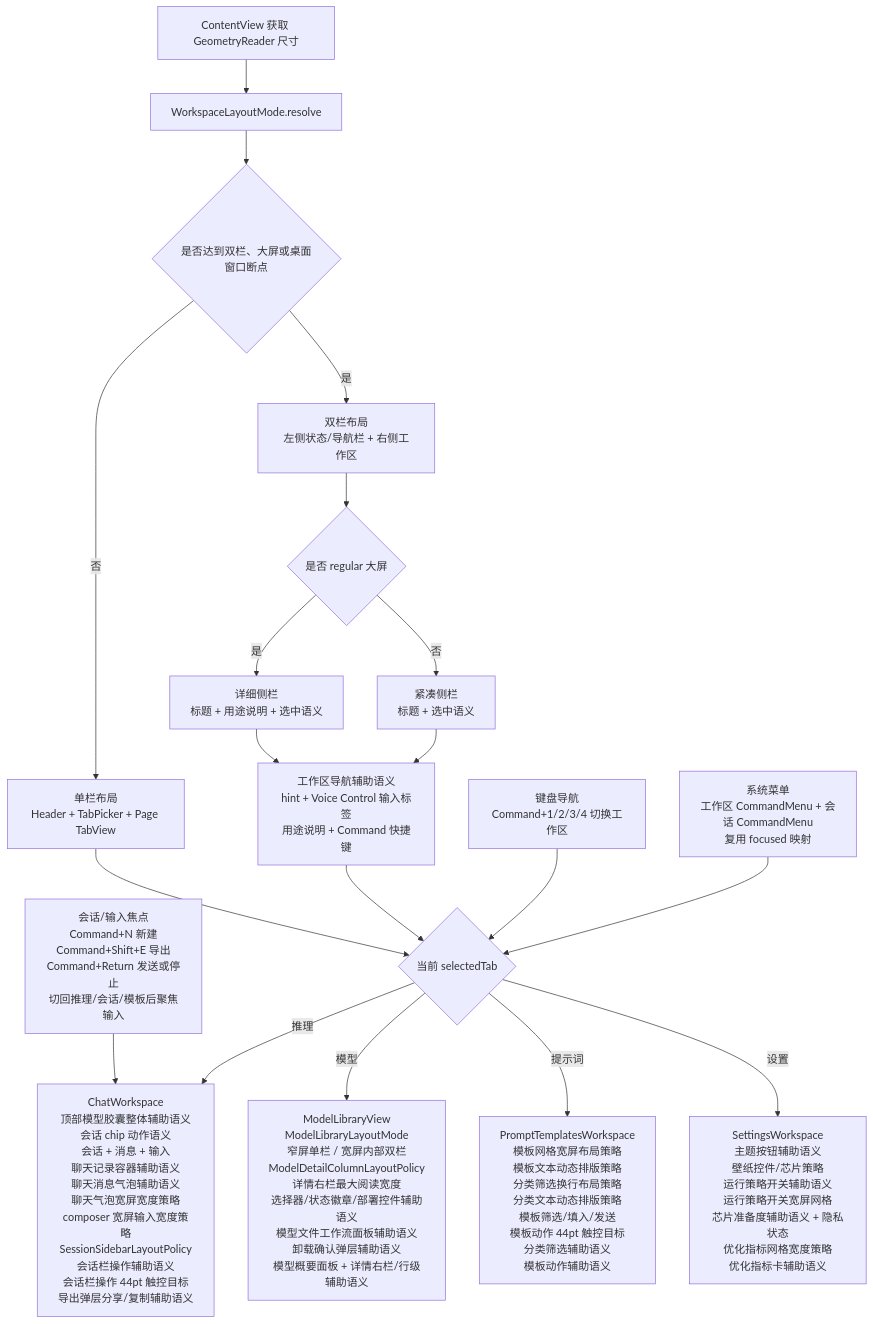
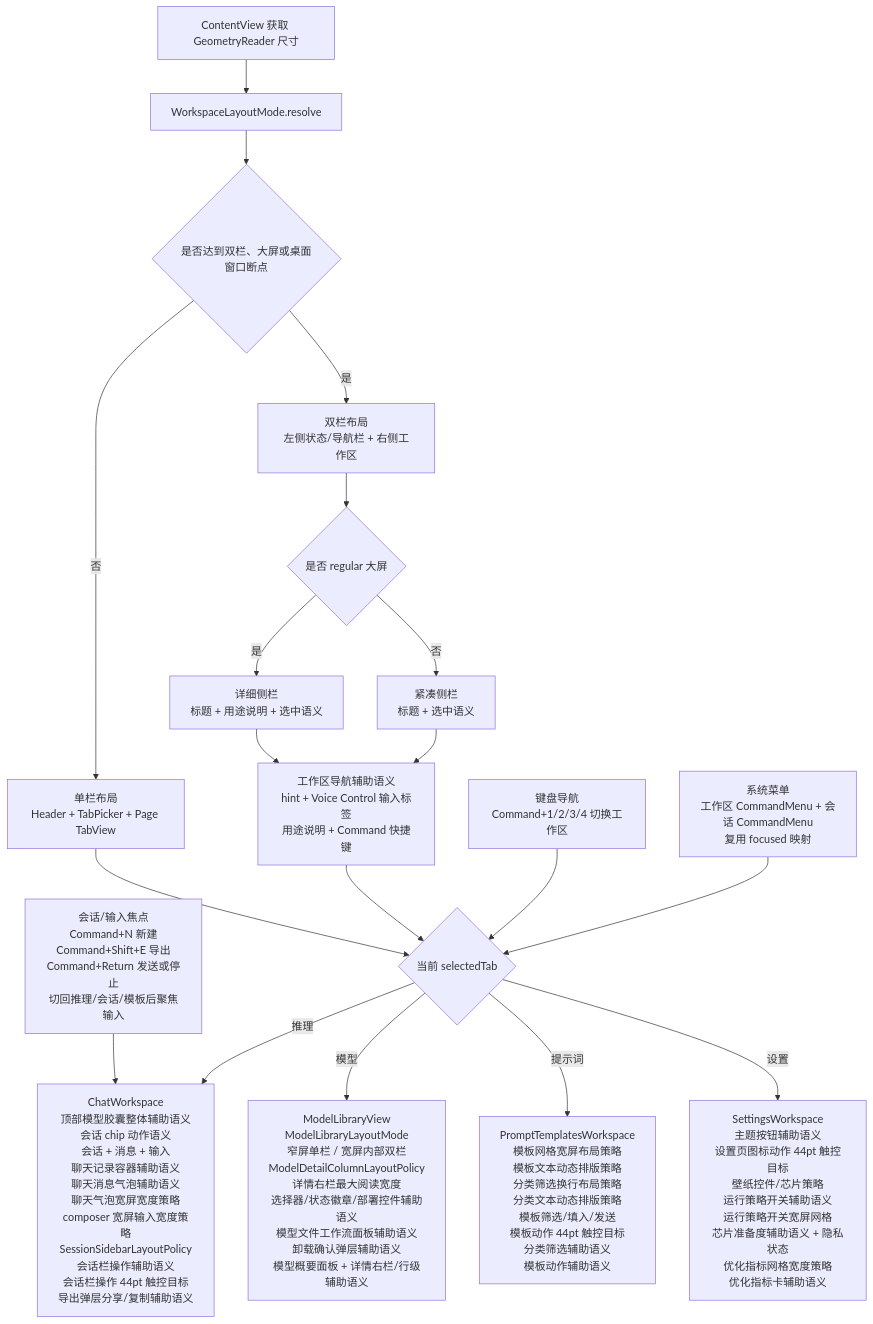
One commit to Altman-sam114/113 changed the fifth of 10 diagrams in md/flow/flowchart.md. Above: the diagram before and after it, drawn with Mermaid. The commit also changed other lines of this file and 8 other files, not shown here.

Commit message:
v2.32: 优化设置页图标动作触控目标

````diff
--- a/md/flow/flowchart.md
+++ b/md/flow/flowchart.md
@@ -84,21 +84,21 @@
 ```mermaid
 flowchart TD
     A[ContentView 获取 GeometryReader 尺寸] --> B[WorkspaceLayoutMode.resolve]
     B --> C{是否达到双栏、大屏或桌面窗口断点}
     C -- 否 --> D[单栏布局<br/>Header + TabPicker + Page TabView]
     C -- 是 --> E[双栏布局<br/>左侧状态/导航栏 + 右侧工作区]
     E --> N{是否 regular 大屏}
     N -- 是 --> O[详细侧栏<br/>标题 + 用途说明 + 选中语义]
     N -- 否 --> P[紧凑侧栏<br/>标题 + 选中语义]
     D --> F{当前 selectedTab}
     O --> X[工作区导航辅助语义<br/>hint + Voice Control 输入标签<br/>用途说明 + Command 快捷键]
     P --> X
     X --> F
     K[键盘导航<br/>Command+1/2/3/4 切换工作区] --> F
     M[系统菜单<br/>工作区 CommandMenu + 会话 CommandMenu<br/>复用 focused 映射] --> F
     L[会话/输入焦点<br/>Command+N 新建<br/>Command+Shift+E 导出<br/>Command+Return 发送或停止<br/>切回推理/会话/模板后聚焦输入] --> G
     F -- 推理 --> G[ChatWorkspace<br/>顶部模型胶囊整体辅助语义<br/>会话 chip 动作语义<br/>会话 + 消息 + 输入<br/>聊天记录容器辅助语义<br/>聊天消息气泡辅助语义<br/>聊天气泡宽屏宽度策略<br/>composer 宽屏输入宽度策略<br/>SessionSidebarLayoutPolicy<br/>会话栏操作辅助语义<br/>会话栏操作 44pt 触控目标<br/>导出弹层分享/复制辅助语义]
     F -- 模型 --> H[ModelLibraryView<br/>ModelLibraryLayoutMode<br/>窄屏单栏 / 宽屏内部双栏<br/>ModelDetailColumnLayoutPolicy<br/>详情右栏最大阅读宽度<br/>选择器/状态徽章/部署控件辅助语义<br/>模型文件工作流面板辅助语义<br/>卸载确认弹层辅助语义<br/>模型概要面板 + 详情右栏/行级辅助语义]
     F -- 提示词 --> I[PromptTemplatesWorkspace<br/>模板网格宽屏布局策略<br/>模板文本动态排版策略<br/>分类筛选换行布局策略<br/>分类文本动态排版策略<br/>模板筛选/填入/发送<br/>模板动作 44pt 触控目标<br/>分类筛选辅助语义<br/>模板动作辅助语义]
-    F -- 设置 --> J[SettingsWorkspace<br/>主题按钮辅助语义<br/>壁纸控件/芯片策略<br/>运行策略开关辅助语义<br/>运行策略开关宽屏网格<br/>芯片准备度辅助语义 + 隐私状态<br/>优化指标网格宽度策略<br/>优化指标卡辅助语义]
+    F -- 设置 --> J[SettingsWorkspace<br/>主题按钮辅助语义<br/>设置页图标动作 44pt 触控目标<br/>壁纸控件/芯片策略<br/>运行策略开关辅助语义<br/>运行策略开关宽屏网格<br/>芯片准备度辅助语义 + 隐私状态<br/>优化指标网格宽度策略<br/>优化指标卡辅助语义]
 ```
````
